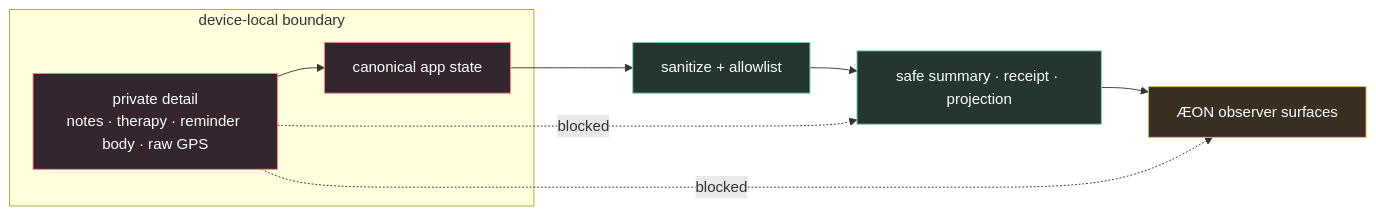
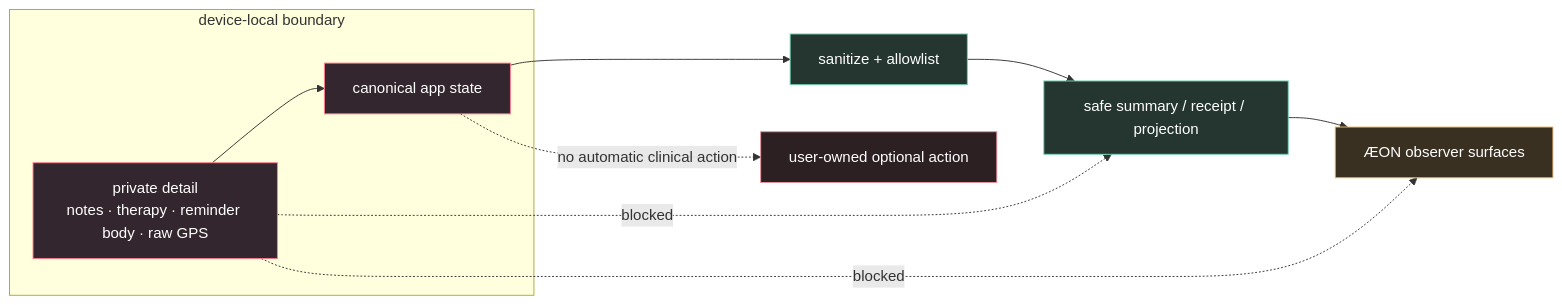
One commit to mustafaras/s changed the sixth of 12 diagrams in README.md. Above: the diagram before and after it, drawn with Mermaid. The commit also changed other lines of this file, not shown here.

````diff
--- a/README.md
+++ b/README.md
@@ -320,21 +753,24 @@
 ```mermaid
 flowchart LR
     subgraph LOCAL["device-local boundary"]
         DETAIL["private detail<br/>notes · therapy · reminder body · raw GPS"]
         APPSTATE["canonical app state"]
         DETAIL --> APPSTATE
     end
 
     APPSTATE --> SAN["sanitize + allowlist"]
-    SAN --> SAFE["safe summary · receipt · projection"]
+    SAN --> SAFE["safe summary / receipt / projection"]
     SAFE --> OBSERVER["ÆON observer surfaces"]
     DETAIL -. "blocked" .-> SAFE
     DETAIL -. "blocked" .-> OBSERVER
+    APPSTATE -. "no automatic clinical action" .-> ACTION["user-owned optional action"]
 
     classDef local fill:#34262e,stroke:#ff7c8d,color:#fff;
     classDef safe fill:#24362f,stroke:#73d6b2,color:#fff;
     classDef observer fill:#3a3022,stroke:#e9bb70,color:#fff;
+    classDef guard fill:#2d2023,stroke:#e8959e,color:#fff;
     class DETAIL,APPSTATE local;
     class SAN,SAFE safe;
     class OBSERVER observer;
+    class ACTION guard;
 ```
````
